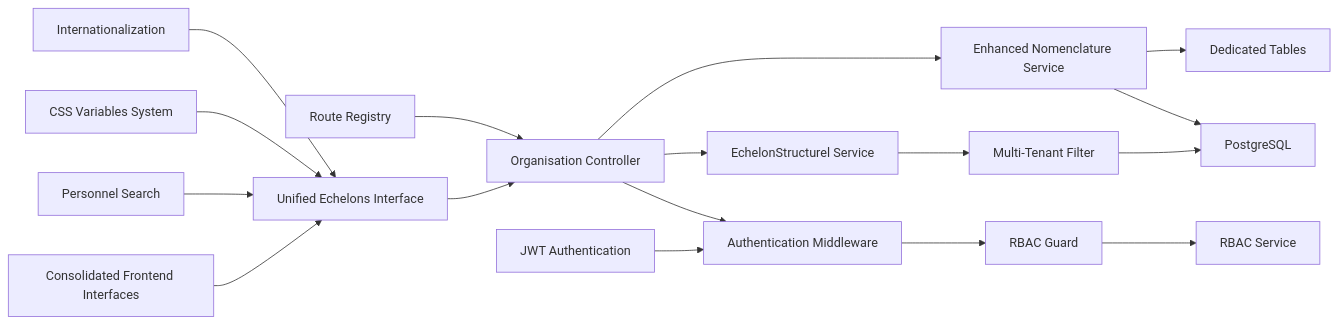
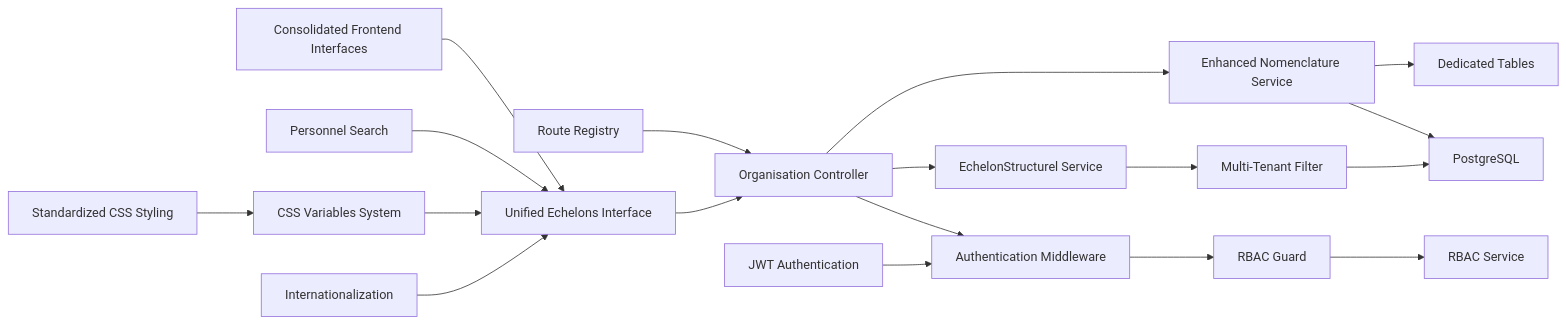
The tenth of 10 diagrams in .qoder/repowiki/en/content/Human Resources Management/Personnel Administration/Organizational Structure.md (franckylab/eLISAschool), drawn with Mermaid before and after one commit. The commit also changed other lines of this file and 270 other files, not shown here.

````diff
--- a/.qoder/repowiki/en/content/Human Resources Management/Personnel Administration/Organizational Structure.md
+++ b/.qoder/repowiki/en/content/Human Resources Management/Personnel Administration/Organizational Structure.md
@@ -570,19 +585,20 @@
 ```mermaid
 graph LR
 Route["Route Registry"] --> OrgCtrl["Organisation Controller"]
 OrgCtrl --> Auth["Authentication Middleware"]
 Auth --> RbacGuard["RBAC Guard"]
 RbacGuard --> RbacSvc["RBAC Service"]
 OrgCtrl --> EchelonSvc["EchelonStructurel Service"]
 OrgCtrl --> NomenclatureSvc["Enhanced Nomenclature Service"]
 EchelonSvc --> MultiTenant["Multi-Tenant Filter"]
 MultiTenant --> DB["PostgreSQL"]
 NomenclatureSvc --> DB
 NomenclatureSvc --> NomenclatureTables["Dedicated Tables"]
 Frontend["Consolidated Frontend Interfaces"] --> UnifiedInterface["Unified Echelons Interface"]
 UnifiedInterface --> OrgCtrl
 PersonnelSearch["Personnel Search"] --> UnifiedInterface
 CSSVariables["CSS Variables System"] --> UnifiedInterface
 I18nSupport["Internationalization"] --> UnifiedInterface
 JWT["JWT Authentication"] --> Auth
+StandardizedStyling["Standardized CSS Styling"] --> CSSVariables
 ```
````
